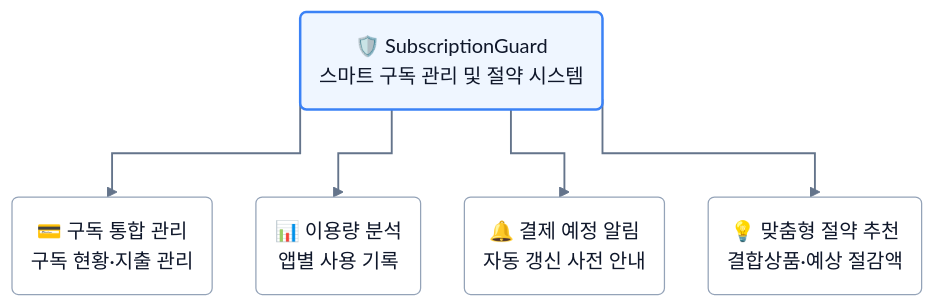
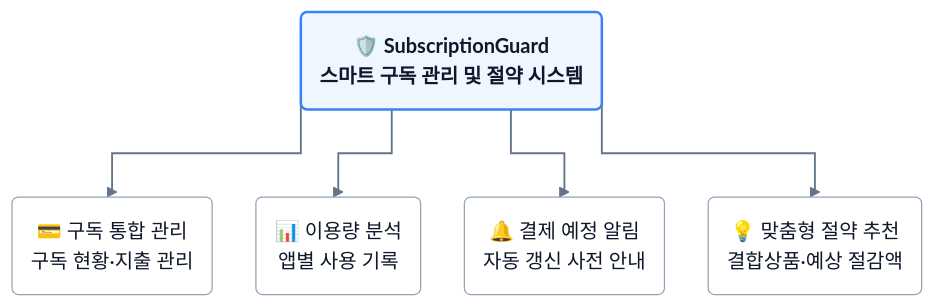
Before and after one commit to EunSik312/HAEDAL: the diagram in README.md, drawn with Mermaid. The commit also changed other lines of this file, not shown here.

````diff
--- a/README.md
+++ b/README.md
@@ -1,15 +1,15 @@
 ```mermaid
 %%{init: {"flowchart": {"curve": "stepBefore", "nodeSpacing": 35, "rankSpacing": 70, "wrappingWidth": 400}}}%%
 flowchart TB
-    SG("🛡️ SubscriptionGuard<br/>스마트 구독 관리 및 절약 시스템")
+    SG("🛡️ <b>SubscriptionGuard<br/>스마트 구독 관리 및 절약 시스템</b>")
 
     SG --> SUB("💳 구독 통합 관리<br/>구독 현황·지출 관리")
     SG --> USAGE("📊 이용량 분석<br/>앱별 사용 기록")
     SG --> ALERT("🔔 결제 예정 알림<br/>자동 갱신 사전 안내")
     SG --> SAVE("💡 맞춤형 절약 추천<br/>결합상품·예상 절감액")
 
     classDef default fill:#ffffff,stroke:#94a3b8,color:#0f172a,stroke-width:1px;
     classDef main fill:#eff6ff,stroke:#3b82f6,color:#0f172a,stroke-width:2px;
     class SG main;
     linkStyle default stroke:#64748b,stroke-width:1.5px;
 ```
````
